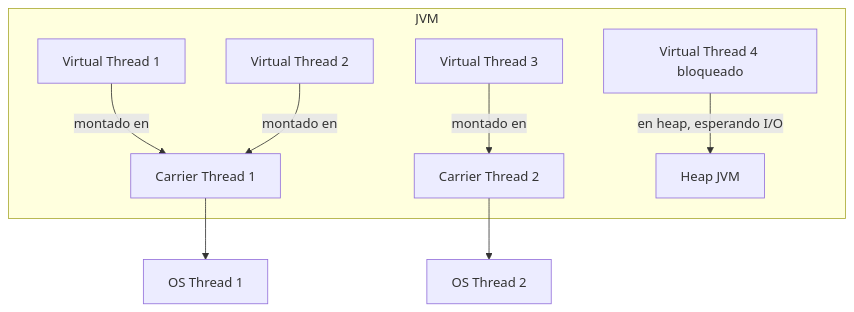
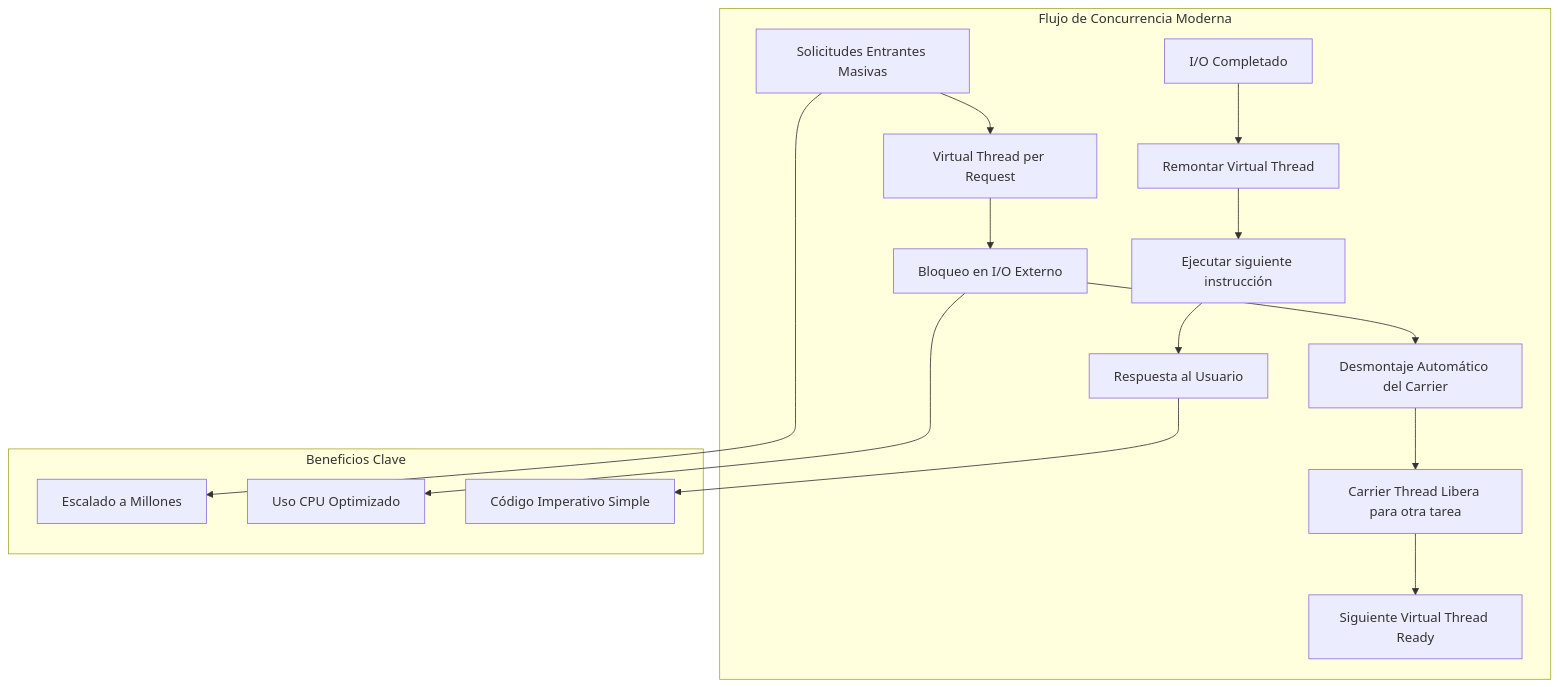
The first of 5 diagrams in 01_Java_Core/java_21_virtual_threads_STAFF.md (Joaquinriosheredia/DAM-Java-Mastery), drawn with Mermaid before and after one commit. The commit also changed other lines of this file, not shown here.

Commit message:
java_21_virtual_threads_STAFF.md

````diff
--- a/01_Java_Core/java_21_virtual_threads_STAFF.md
+++ b/01_Java_Core/java_21_virtual_threads_STAFF.md
@@ -46,11 +38,20 @@
 ```mermaid
 graph TD
-    subgraph JVM
-        VT1[Virtual Thread 1] -->|montado en| CT1[Carrier Thread 1]
-        VT2[Virtual Thread 2] -->|montado en| CT1
-        VT3[Virtual Thread 3] -->|montado en| CT2[Carrier Thread 2]
-        VT4[Virtual Thread 4 bloqueado] -->|en heap, esperando I/O| HEAP[Heap JVM]
+    subgraph "Flujo de Concurrencia Moderna"
+        REQ[Solicitudes Entrantes Masivas] --> VT[Virtual Thread per Request]
+        VT --> BLOCK[Bloqueo en I/O Externo]
+        BLOCK --> UNMOUNT[Desmontaje Automático del Carrier]
+        UNMOUNT --> CARRIER[Carrier Thread Libera para otra tarea]
+        CARRIER --> NEXT[Siguiente Virtual Thread Ready]
+        
+        IO_COMPLETION[I/O Completado] --> REMOUNT[Remontar Virtual Thread]
+        REMOUNT --> EXEC[Ejecutar siguiente instrucción]
+        EXEC --> RESP[Respuesta al Usuario]
     end
-    CT1 --> OS1[OS Thread 1]
-    CT2 --> OS2[OS Thread 2]
+    
+    subgraph "Beneficios Clave"
+        REQ --> SCALE[Escalado a Millones]
+        BLOCK --> EFFICIENCY[Uso CPU Optimizado]
+        RESP --> SIMPLICITY[Código Imperativo Simple]
+    end
 ```
````
